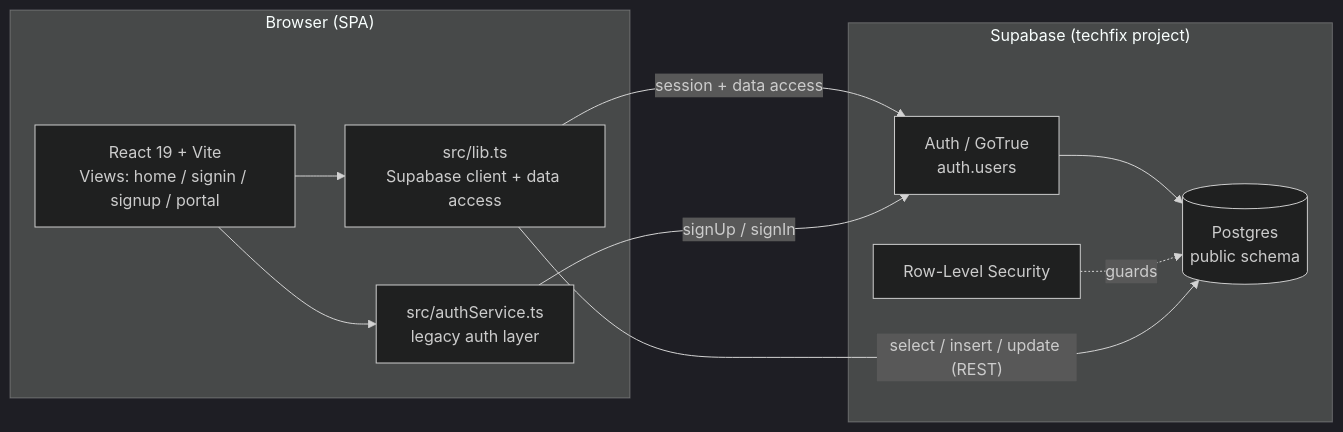
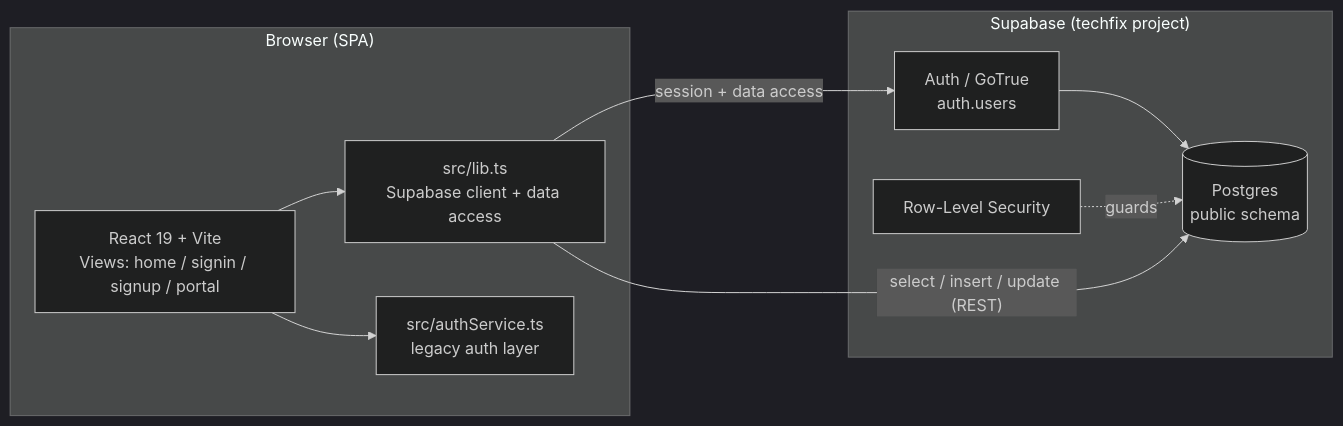
Before and after one commit to SeanixReal/Jobelonese: the first of 5 diagrams in docs/ARCHITECTURE.md, drawn with Mermaid (dark theme). The commit also changed other lines of this file and 20 other files, not shown here.

````diff
--- a/docs/ARCHITECTURE.md
+++ b/docs/ARCHITECTURE.md
@@ -9,22 +9,21 @@
 ```mermaid
 flowchart LR
     subgraph Browser["Browser (SPA)"]
         UI["React 19 + Vite<br/>Views: home / signin / signup / portal"]
         LIB["src/lib.ts<br/>Supabase client + data access"]
         AUTH_SVC["src/authService.ts<br/>legacy auth layer"]
         UI --> LIB
         UI --> AUTH_SVC
     end
 
     subgraph Supabase["Supabase (techfix project)"]
         AUTH["Auth / GoTrue<br/>auth.users"]
         DB[("Postgres<br/>public schema")]
         RLS["Row-Level Security"]
         AUTH --> DB
         RLS -.guards.-> DB
     end
 
     LIB -- "session + data access" --> AUTH
-    AUTH_SVC -- "signUp / signIn" --> AUTH
     LIB -- "select / insert / update (REST)" --> DB
 ```
````
